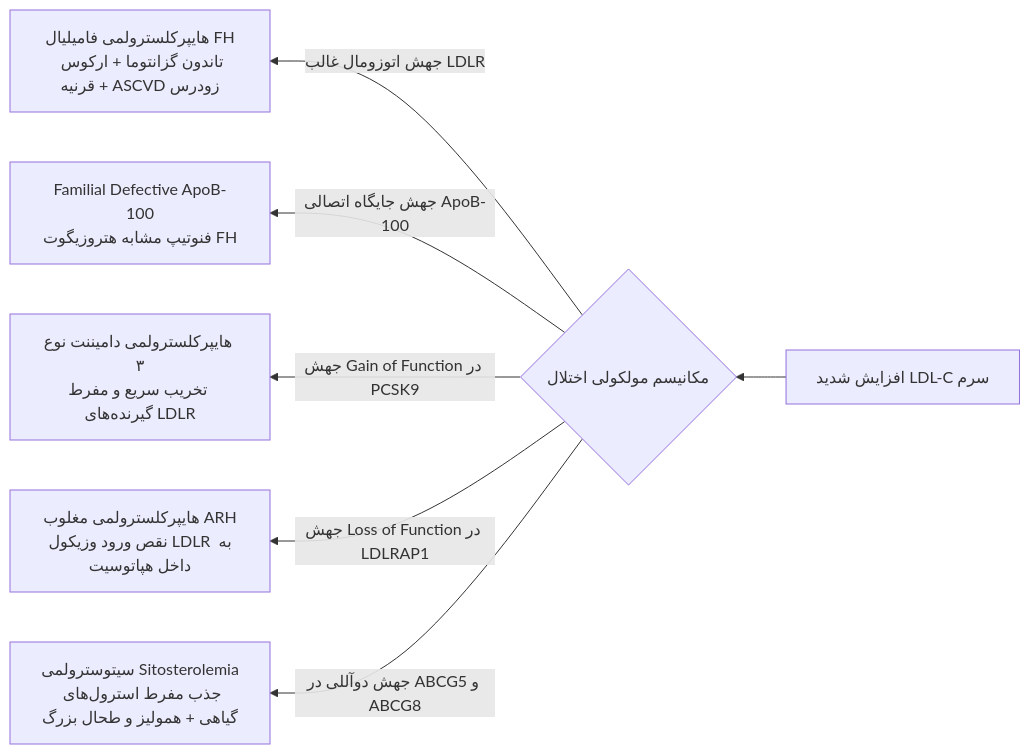
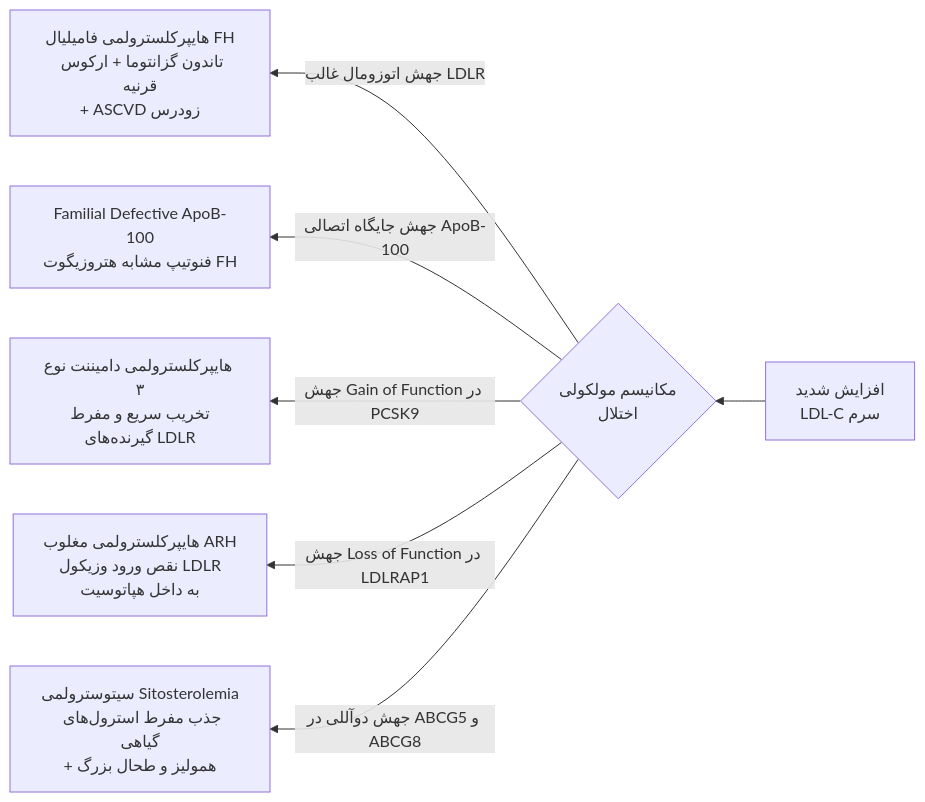
Before and after one commit to neopulse-hub/TUMS-1402-1-neo: the sixth of 11 diagrams in 07/مبانی غدد/متابولیسم لیپید.md, drawn with Mermaid. The commit also changed other lines of this file, not shown here.

````diff
--- a/07/مبانی غدد/متابولیسم لیپید.md
+++ b/07/مبانی غدد/متابولیسم لیپید.md
@@ -241,10 +256,10 @@
 ```mermaid
 flowchart RL
-    HyperChol[افزایش شدید LDL-C سرم] --> DefectSite{مکانیسم مولکولی اختلال}
-    
-    DefectSite -->|جهش اتوزومال غالب LDLR| FH[هایپرکلسترولمی فامیلیال FH<br>تاندون گزانتوما + ارکوس قرنیه + ASCVD زودرس]
-    DefectSite -->|جهش جایگاه اتصالی ApoB-100| FDB[Familial Defective ApoB-100<br>فنوتیپ مشابه هتروزیگوت FH]
-    DefectSite -->|جهش Gain of Function در PCSK9| ADH3[هایپرکلسترولمی دامیننت نوع ۳<br>تخریب سریع و مفرط گیرنده‌های LDLR]
-    DefectSite -->|جهش Loss of Function در LDLRAP1| ARH[هایپرکلسترولمی مغلوب ARH<br>نقص ورود وزیکول LDLR به داخل هپاتوسیت]
-    DefectSite -->|جهش دوآللی در ABCG5 و ABCG8| Sito[سیتوسترولمی Sitosterolemia<br>جذب مفرط استرول‌های گیاهی + همولیز و طحال بزرگ]
+
+HyperChol[افزایش شدید<br>LDL-C سرم] --> DefectSite{مکانیسم مولکولی<br>اختلال}
+DefectSite -->|جهش اتوزومال غالب LDLR| FH[هایپرکلسترولمی فامیلیال FH<br>تاندون گزانتوما + ارکوس قرنیه<br>+ ASCVD زودرس]
+DefectSite -->|جهش جایگاه اتصالی ApoB-100| FDB[Familial Defective ApoB-100<br>فنوتیپ مشابه هتروزیگوت FH]
+DefectSite -->|جهش Gain of Function در PCSK9| ADH3[هایپرکلسترولمی دامیننت نوع ۳<br>تخریب سریع و مفرط<br>گیرنده‌های LDLR]
+DefectSite -->|جهش Loss of Function در LDLRAP1| ARH[هایپرکلسترولمی مغلوب ARH<br>نقص ورود وزیکول LDLR<br>به داخل هپاتوسیت]
+DefectSite -->|جهش دوآللی در ABCG5 و ABCG8| Sito[سیتوسترولمی Sitosterolemia<br>جذب مفرط استرول‌های گیاهی<br>+ همولیز و طحال بزرگ]
 ```
````
